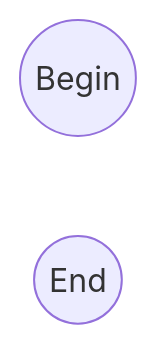
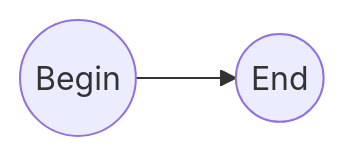
The first of 4 diagrams in src/stepin/nonpython/mermaid/begin_end.md (dudung/python), drawn with Mermaid before and after one commit. The commit also changed other lines of this file and 5 other files, not shown here.

````diff
--- a/src/stepin/nonpython/mermaid/begin_end.md
+++ b/src/stepin/nonpython/mermaid/begin_end.md
@@ -2,5 +2,6 @@
 ```mermaid
 flowchart LR
+  B --> E
   B(("Begin"))
   E(("End"))
 ```
````
